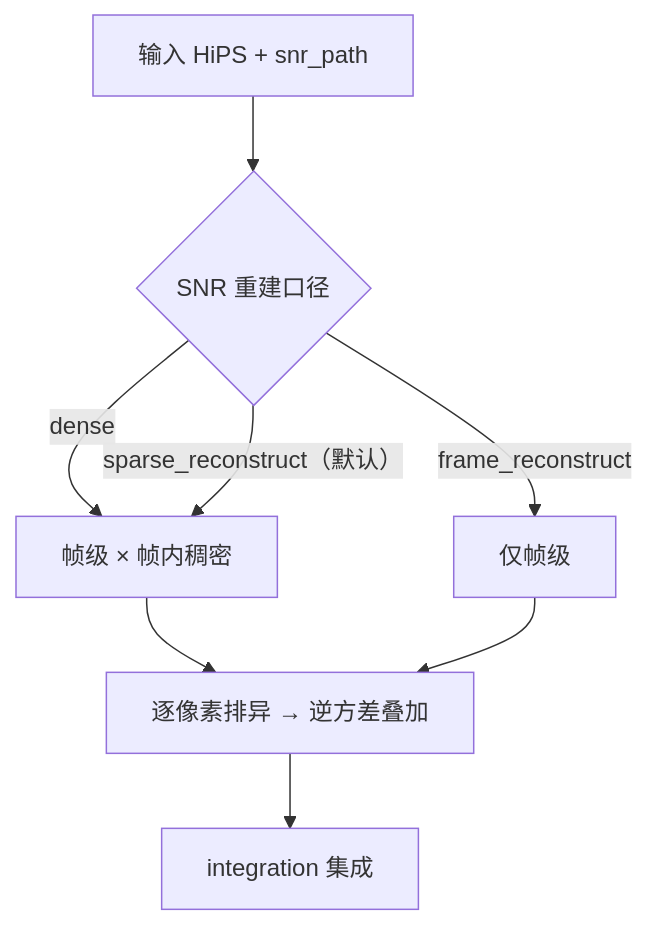
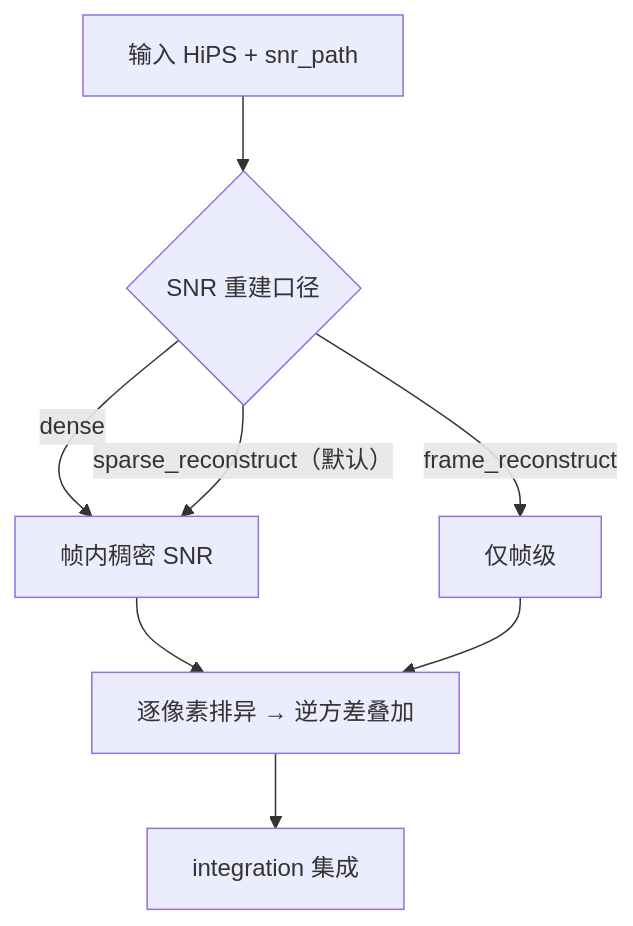
One commit to fujiaze/Astro-CS-Database changed the seventh of 12 diagrams in ASTROCS_DESIGN.md. Above: the diagram before and after it, drawn with Mermaid. The commit also changed other lines of this file and 4 other files, not shown here.

````diff
--- a/ASTROCS_DESIGN.md
+++ b/ASTROCS_DESIGN.md
@@ -302,10 +313,10 @@
 ```mermaid
 flowchart TD
     IN["输入 HiPS + snr_path"] --> DET{"SNR 重建口径"}
-    DET -->|dense| F["帧级 × 帧内稠密"]
+    DET -->|dense| F["帧内稠密 SNR"]
     DET -->|sparse_reconstruct（默认）| F
     DET -->|frame_reconstruct| F2["仅帧级"]
     F --> W["逐像素排异 → 逆方差叠加"]
     F2 --> W
     W --> INT["integration 集成"]
 ```
````
